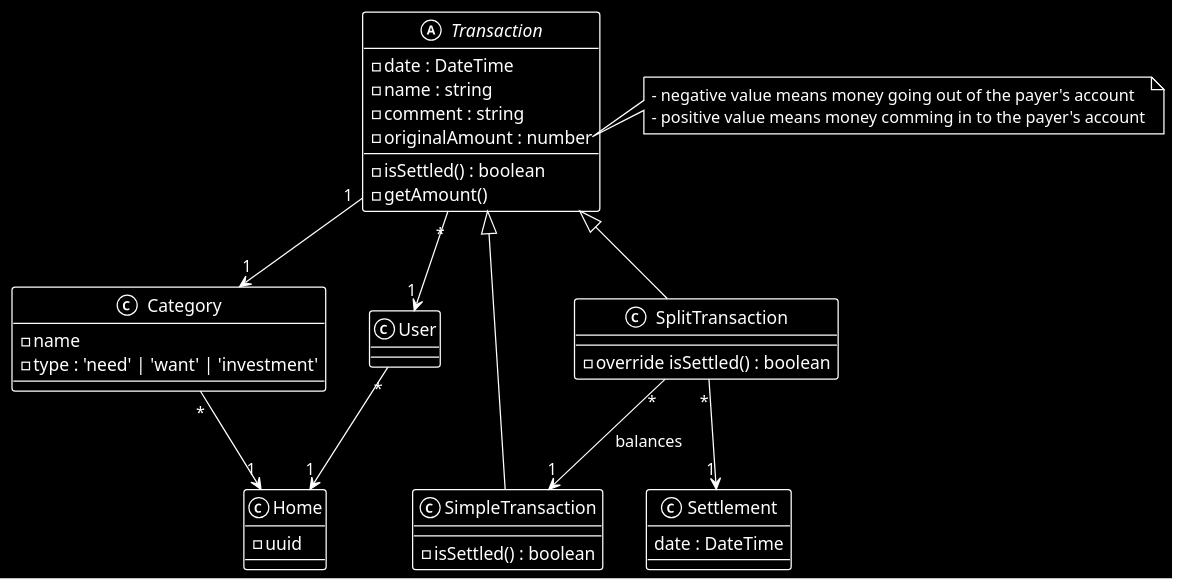
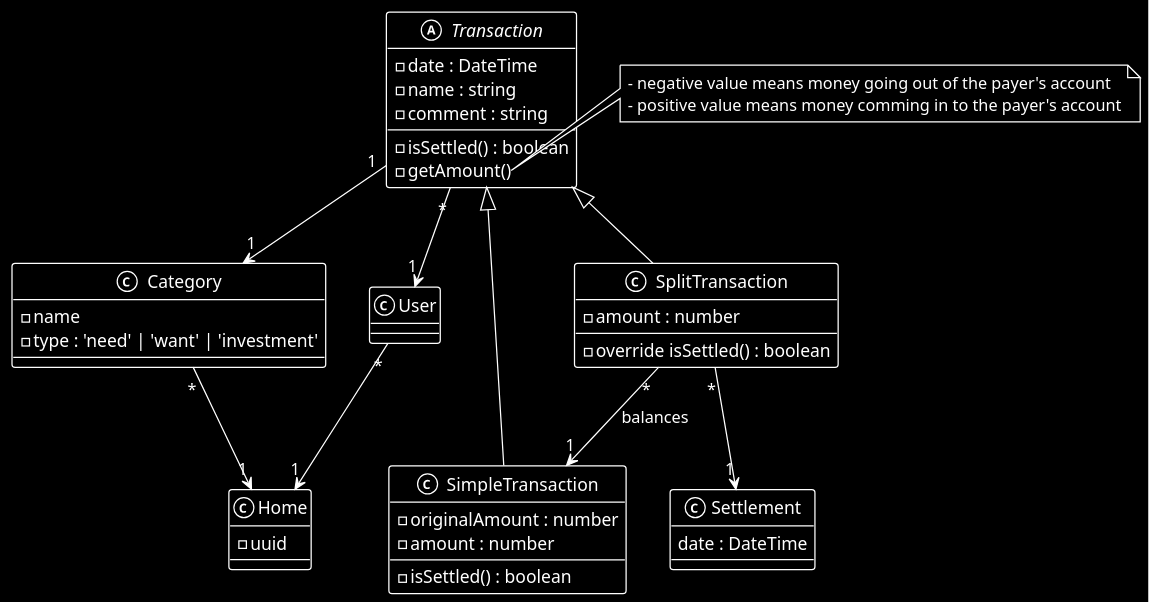
One commit to GabSabbath/sharebill changed the diagram in doc/diagrams/model.puml. Above: the diagram before and after it, drawn with PlantUML. The commit also changed 2 other files, not shown here.

```diff
--- a/doc/diagrams/model.puml
+++ b/doc/diagrams/model.puml
@@ -1,49 +1,51 @@
 @startuml
 !theme mono
 skinparam monochrome reverse
 
 class Category {
     - name 
     - type : 'need' | 'want' | 'investment'
 }
 
 class Home {
     - uuid
 }
 
 class User 
 
 abstract class Transaction {
     - isSettled() : boolean
     - date : DateTime
     - name : string
     - comment : string
-    - originalAmount : number
     - getAmount()
 }
 
-note right of Transaction::originalAmount {
+note right of Transaction::getAmount {
     - negative value means money going out of the payer's account
     - positive value means money comming in to the payer's account
 }
 
 class SimpleTransaction extends Transaction {
     - isSettled() : boolean 
+    - originalAmount : number
+    - amount : number
 }
 
 class SplitTransaction extends Transaction { 
     - override isSettled() : boolean 
+    - amount : number
 }
 
 class Settlement {
     date : DateTime
 }
 
 Transaction "*" --> "1" User
 Transaction "1" --> "1" Category
 User "*" --> "1" Home
 Category "*" --> "1" Home
 SplitTransaction "*" --> "1" SimpleTransaction : balances
 SplitTransaction "*" --> "1" Settlement
 
 @enduml
```
